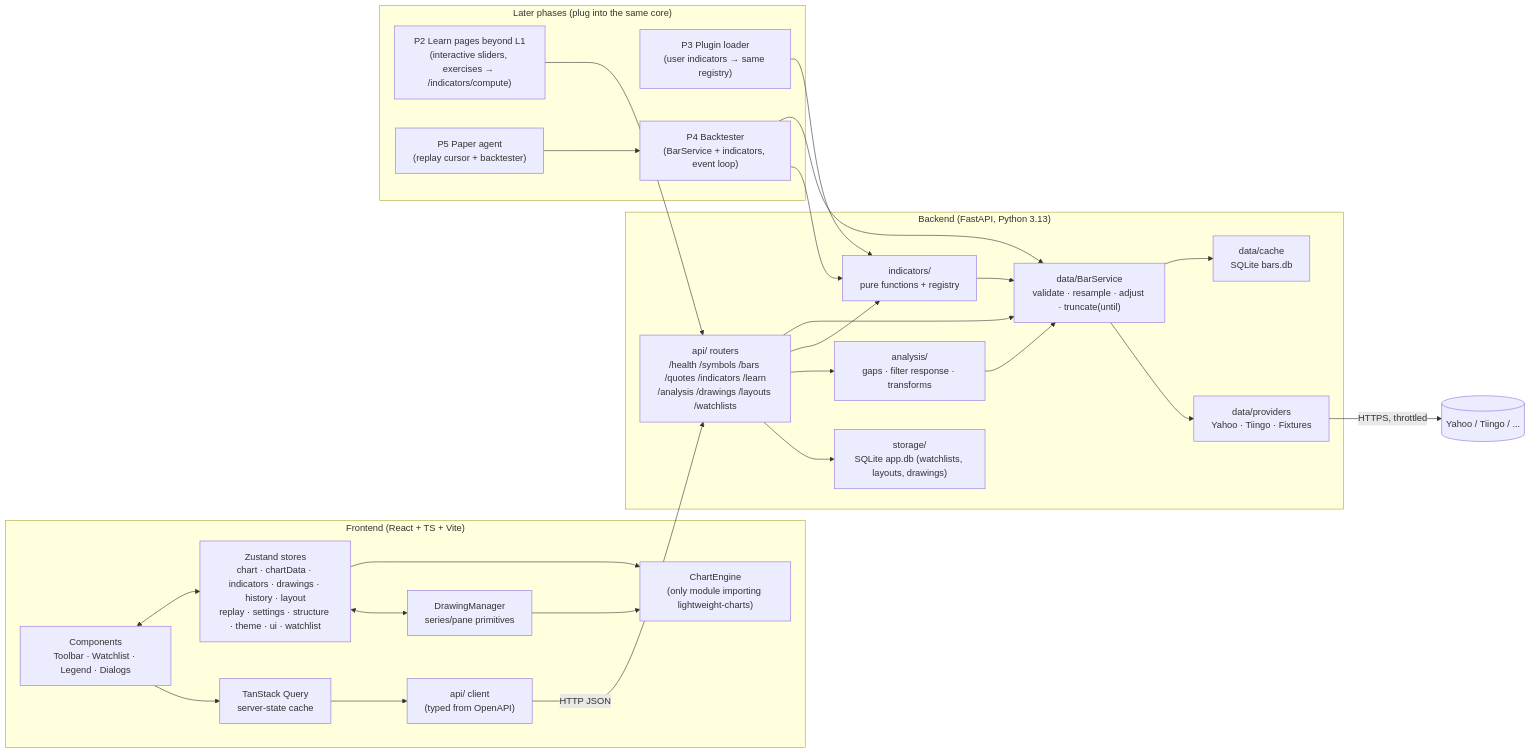
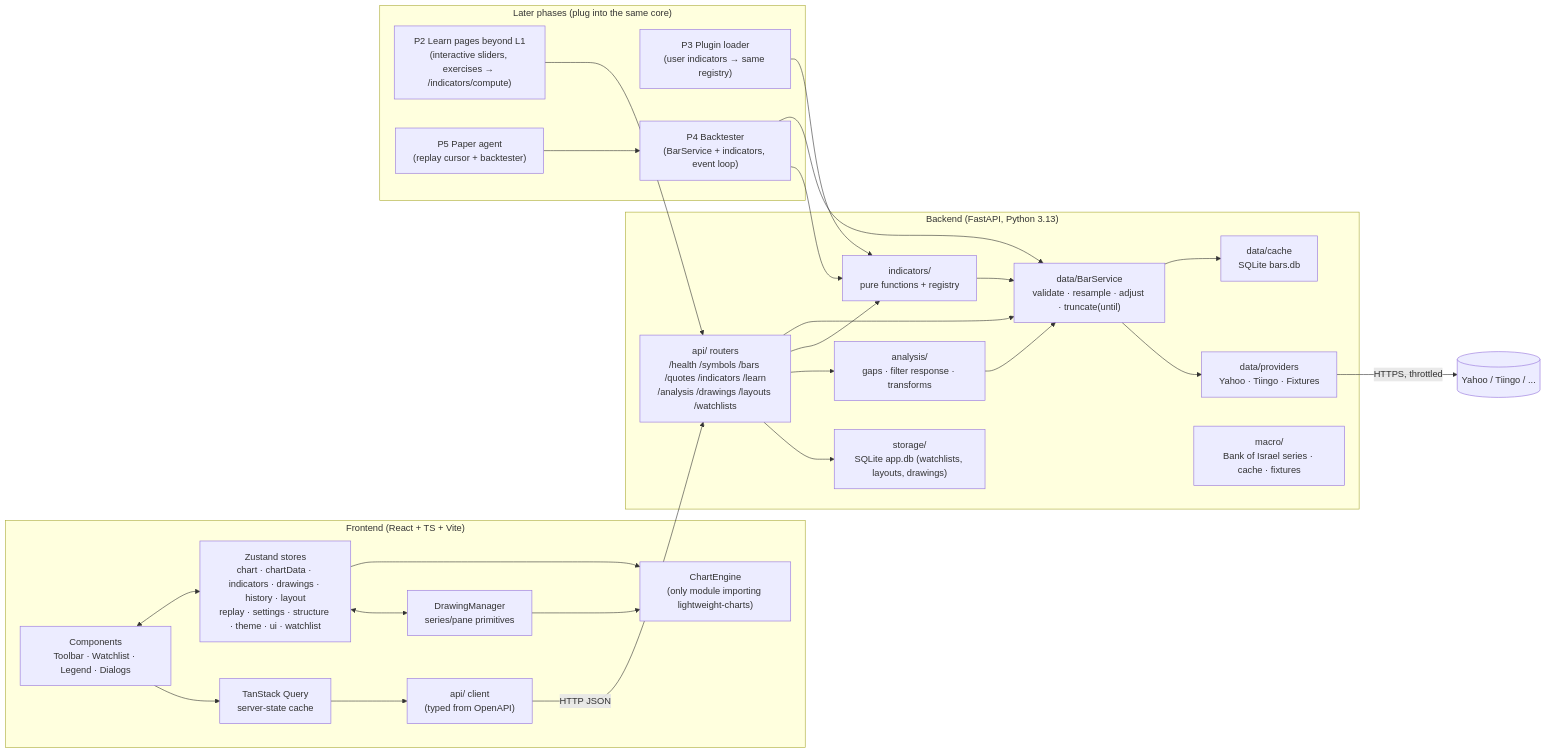
The first of 2 diagrams in docs/ARCHITECTURE.md (tamirgabgab/trade-nig-view), drawn with Mermaid before and after one commit. The commit also changed other lines of this file and 6 other files, not shown here.

First line of the commit message:
docs: ADR 0018 macro series; H0 in the plan, ROADMAP, README, ARCHITECTURE, HANDOFF

````diff
--- a/docs/ARCHITECTURE.md
+++ b/docs/ARCHITECTURE.md
@@ -18,48 +18,49 @@
 ```mermaid
 flowchart LR
   subgraph Browser["Frontend (React + TS + Vite)"]
     UI["Components<br/>Toolbar · Watchlist · Legend · Dialogs"]
     Store["Zustand stores<br/>chart · chartData · indicators · drawings · history · layout<br/>replay · settings · structure · theme · ui · watchlist"]
     Query["TanStack Query<br/>server-state cache"]
     Engine["ChartEngine<br/>(only module importing lightweight-charts)"]
     Draw["DrawingManager<br/>series/pane primitives"]
     API["api/ client<br/>(typed from OpenAPI)"]
     UI <--> Store
     UI --> Query --> API
     Store --> Engine
     Draw --> Engine
     Store <--> Draw
   end
 
   subgraph Backend["Backend (FastAPI, Python 3.13)"]
     Routes["api/ routers<br/>/health /symbols /bars /quotes /indicators /learn<br/>/analysis /drawings /layouts /watchlists"]
     BarSvc["data/BarService<br/>validate · resample · adjust · truncate(until)"]
     Cache["data/cache<br/>SQLite bars.db"]
     Prov["data/providers<br/>Yahoo · Tiingo · Fixtures"]
+    Macro["macro/<br/>Bank of Israel series · cache · fixtures"]
     Ind["indicators/<br/>pure functions + registry"]
     Ana["analysis/<br/>gaps · filter response · transforms"]
     Store2["storage/<br/>SQLite app.db (watchlists, layouts, drawings)"]
     Routes --> BarSvc --> Cache
     BarSvc --> Prov
     Routes --> Ind
     Routes --> Ana
     Ind --> BarSvc
     Ana --> BarSvc
     Routes --> Store2
   end
 
   subgraph Future["Later phases (plug into the same core)"]
     Learn["P2 Learn pages beyond L1<br/>(interactive sliders, exercises → /indicators/compute)"]
     Plug["P3 Plugin loader<br/>(user indicators → same registry)"]
     BT["P4 Backtester<br/>(BarService + indicators, event loop)"]
     Agent["P5 Paper agent<br/>(replay cursor + backtester)"]
   end
 
   API -->|HTTP JSON| Routes
   Prov -->|HTTPS, throttled| Internet[(Yahoo / Tiingo / ...)]
   Learn --> Routes
   Plug --> Ind
   BT --> BarSvc
   BT --> Ind
   Agent --> BT
 ```
````
